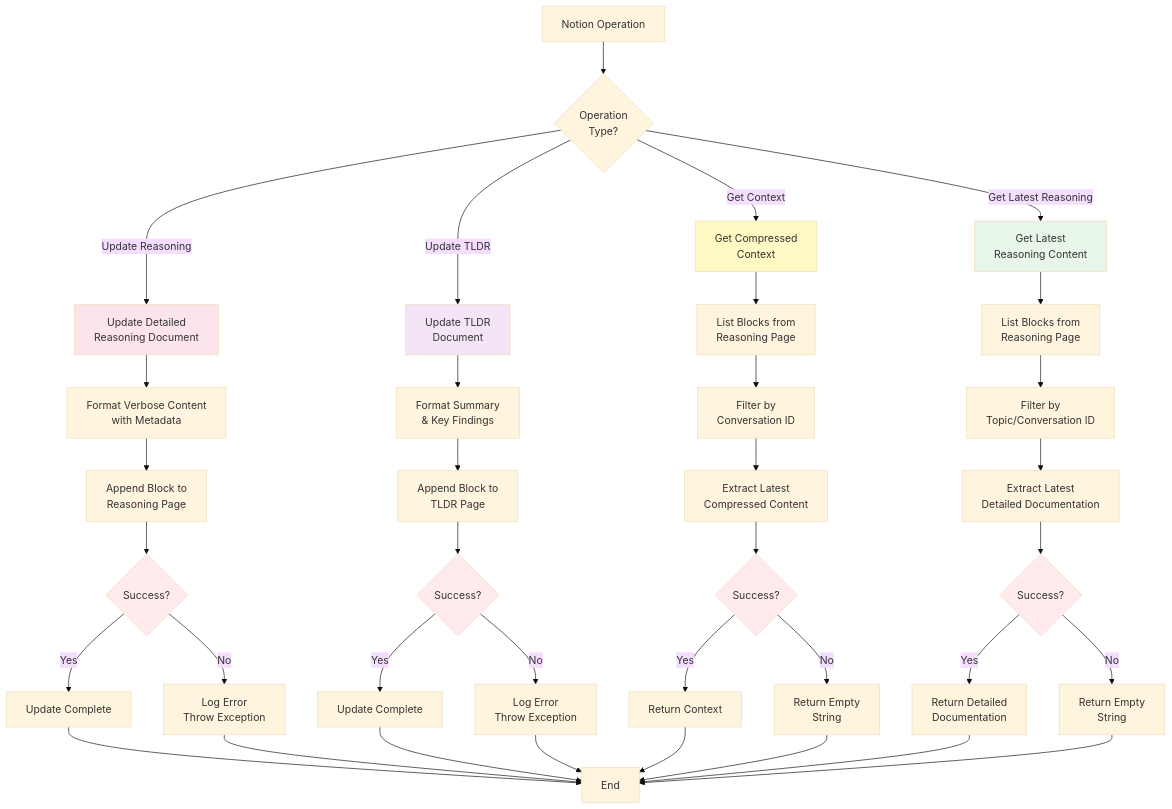
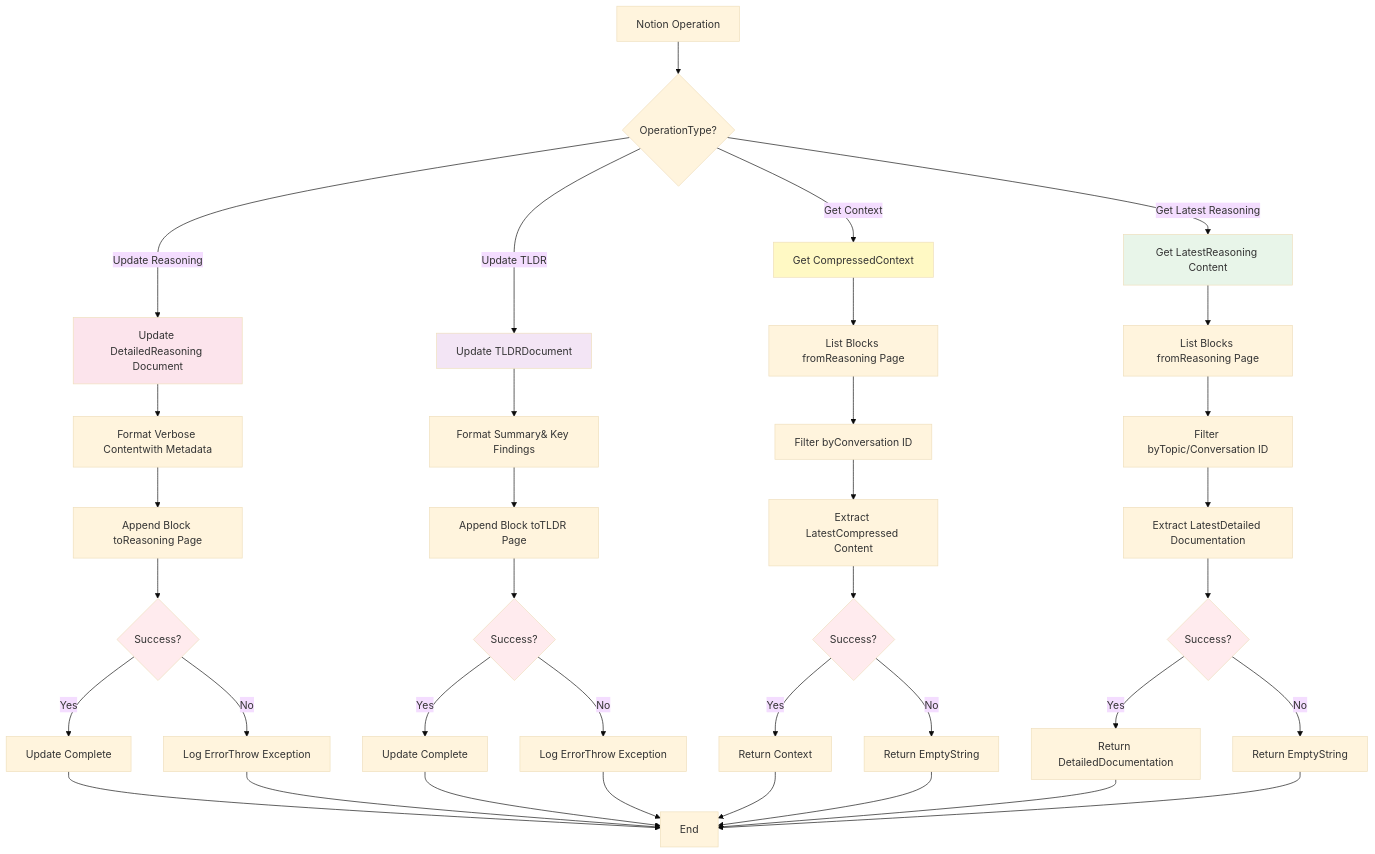
Diagram 15 of 16 in ARCHITECTURE.md (jak-pan/super-brainstorm-bot), drawn with Mermaid (base theme) before and after one commit. The commit also changed other lines of this file, not shown here.

Commit message:
Fix: Remove HTML br tags from Mermaid diagrams for GitHub compatibility

````diff
--- a/ARCHITECTURE.md
+++ b/ARCHITECTURE.md
@@ -1166,57 +1166,57 @@
 ```mermaid
 flowchart TD
-    Start[Notion Operation] --> CheckType{Operation<br/>Type?}
+    Start[Notion Operation] --> CheckType{OperationType?}
     
-    CheckType -->|Update Reasoning| UpdateReasoning[Update Detailed<br/>Reasoning Document]
-    CheckType -->|Update TLDR| UpdateTLDR[Update TLDR<br/>Document]
-    CheckType -->|Get Context| GetContext[Get Compressed<br/>Context]
-    CheckType -->|Get Latest Reasoning| GetLatestReasoning[Get Latest<br/>Reasoning Content]
+    CheckType -->|Update Reasoning| UpdateReasoning[Update DetailedReasoning Document]
+    CheckType -->|Update TLDR| UpdateTLDR[Update TLDRDocument]
+    CheckType -->|Get Context| GetContext[Get CompressedContext]
+    CheckType -->|Get Latest Reasoning| GetLatestReasoning[Get LatestReasoning Content]
     
-    UpdateReasoning --> FormatReasoning[Format Verbose Content<br/>with Metadata]
-    FormatReasoning --> AppendBlock1[Append Block to<br/>Reasoning Page]
+    UpdateReasoning --> FormatReasoning[Format Verbose Contentwith Metadata]
+    FormatReasoning --> AppendBlock1[Append Block toReasoning Page]
     AppendBlock1 --> Success1{Success?}
     
-    UpdateTLDR --> FormatTLDR[Format Summary<br/>& Key Findings]
-    FormatTLDR --> AppendBlock2[Append Block to<br/>TLDR Page]
+    UpdateTLDR --> FormatTLDR[Format Summary& Key Findings]
+    FormatTLDR --> AppendBlock2[Append Block toTLDR Page]
     AppendBlock2 --> Success2{Success?}
     
-    GetContext --> ListBlocks[List Blocks from<br/>Reasoning Page]
-    ListBlocks --> FilterBlocks[Filter by<br/>Conversation ID]
-    FilterBlocks --> ExtractContent[Extract Latest<br/>Compressed Content]
+    GetContext --> ListBlocks[List Blocks fromReasoning Page]
+    ListBlocks --> FilterBlocks[Filter byConversation ID]
+    FilterBlocks --> ExtractContent[Extract LatestCompressed Content]
     ExtractContent --> Success3{Success?}
     
-    GetLatestReasoning --> ListBlocks2[List Blocks from<br/>Reasoning Page]
-    ListBlocks2 --> FilterByTopic[Filter by<br/>Topic/Conversation ID]
-    FilterByTopic --> ExtractReasoning[Extract Latest<br/>Detailed Documentation]
+    GetLatestReasoning --> ListBlocks2[List Blocks fromReasoning Page]
+    ListBlocks2 --> FilterByTopic[Filter byTopic/Conversation ID]
+    FilterByTopic --> ExtractReasoning[Extract LatestDetailed Documentation]
     ExtractReasoning --> Success4{Success?}
     
     Success1 -->|Yes| Complete1[Update Complete]
-    Success1 -->|No| Error1[Log Error<br/>Throw Exception]
+    Success1 -->|No| Error1[Log ErrorThrow Exception]
     
     Success2 -->|Yes| Complete2[Update Complete]
-    Success2 -->|No| Error2[Log Error<br/>Throw Exception]
+    Success2 -->|No| Error2[Log ErrorThrow Exception]
     
     Success3 -->|Yes| ReturnContext[Return Context]
-    Success3 -->|No| ReturnEmpty[Return Empty<br/>String]
+    Success3 -->|No| ReturnEmpty[Return EmptyString]
     
-    Success4 -->|Yes| ReturnReasoning[Return Detailed<br/>Documentation]
-    Success4 -->|No| ReturnEmpty2[Return Empty<br/>String]
+    Success4 -->|Yes| ReturnReasoning[Return DetailedDocumentation]
+    Success4 -->|No| ReturnEmpty2[Return EmptyString]
     
     Complete1 --> End[End]
     Complete2 --> End
     ReturnContext --> End
     ReturnReasoning --> End
     ReturnEmpty --> End
     ReturnEmpty2 --> End
     Error1 --> End
     Error2 --> End
     
     style UpdateReasoning fill:#fce4ec
     style UpdateTLDR fill:#f3e5f5
     style GetContext fill:#fff9c4
     style GetLatestReasoning fill:#e8f5e9
     style Success1 fill:#ffebee
     style Success2 fill:#ffebee
     style Success3 fill:#ffebee
     style Success4 fill:#ffebee
 ```
````
